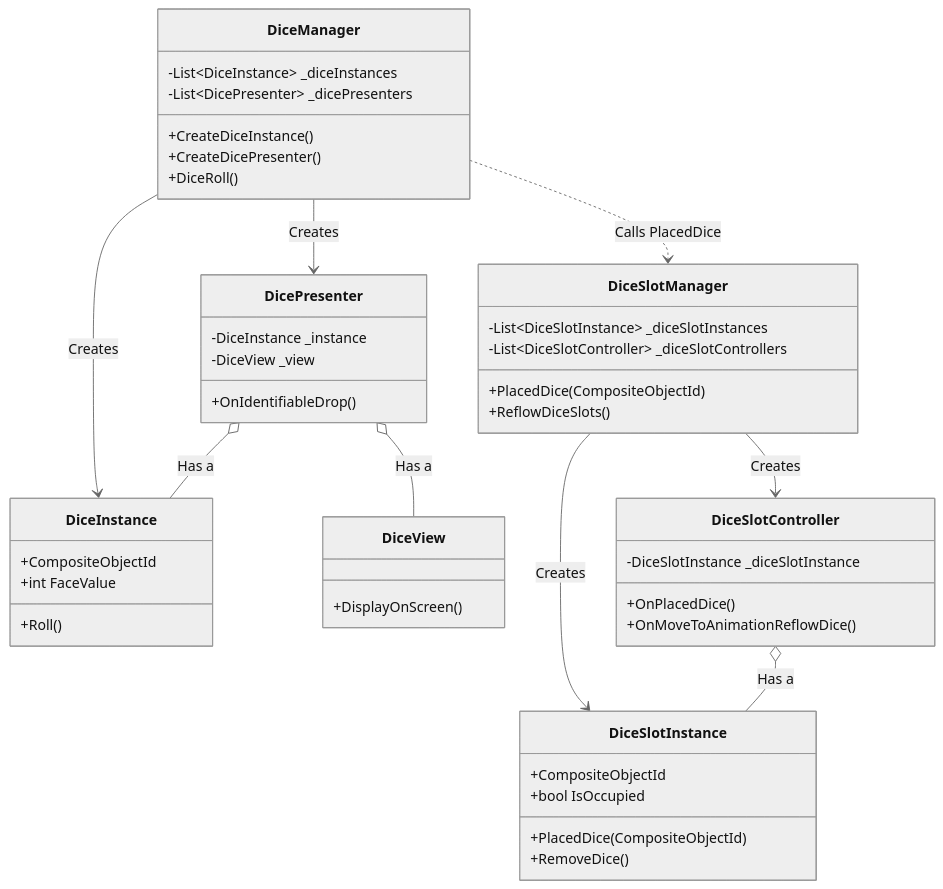
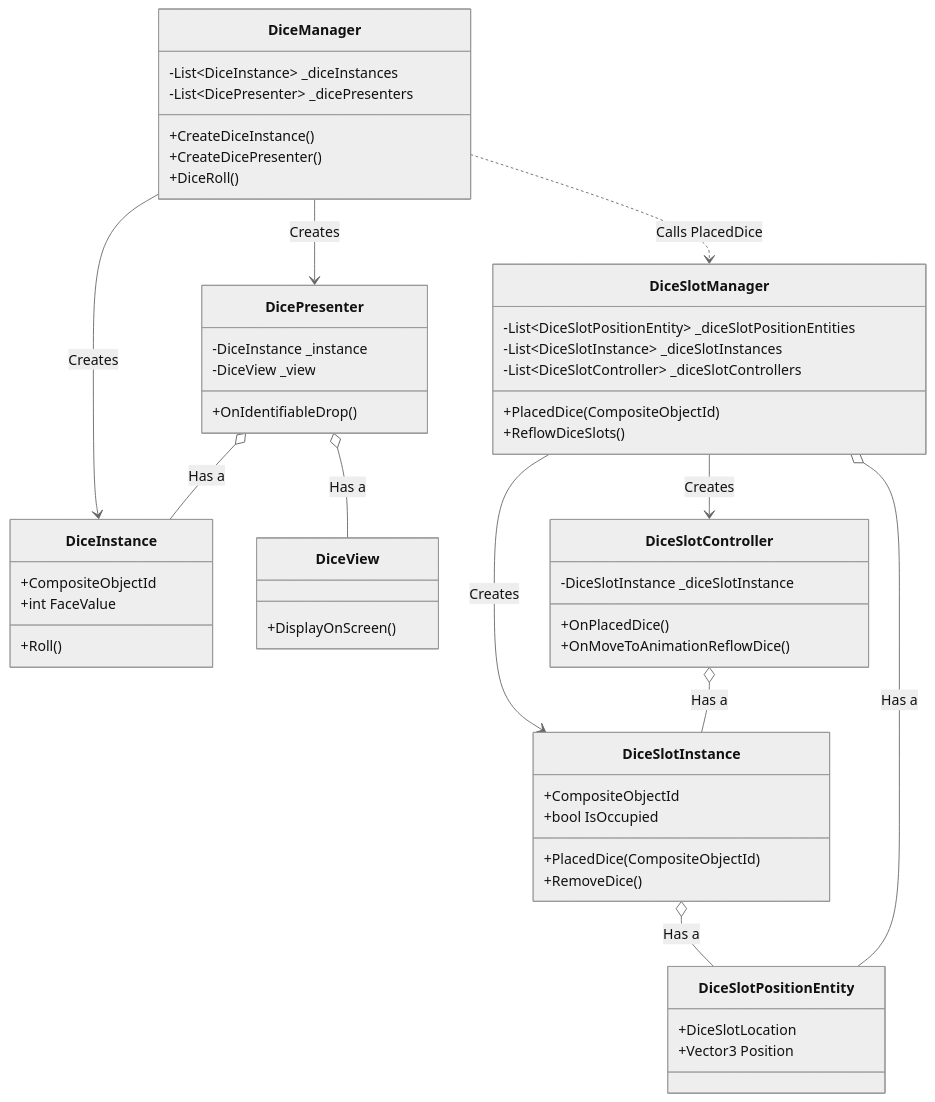
One commit to Nekodamasi/CardsAndDicesProject changed the diagram in CardsAndDicesProject/Assets/CardsAndDices/Docs/sys/sys_dice_management.md. Above: the diagram before and after it, drawn with Mermaid (neutral theme). The commit also changed other lines of this file and 16 other files, not shown here.

````diff
--- a/CardsAndDicesProject/Assets/CardsAndDices/Docs/sys/sys_dice_management.md
+++ b/CardsAndDicesProject/Assets/CardsAndDices/Docs/sys/sys_dice_management.md
@@ -15,49 +15,56 @@
 ```mermaid
 classDiagram
     class DiceManager {
         -List~DiceInstance~ _diceInstances
         -List~DicePresenter~ _dicePresenters
         +CreateDiceInstance()
         +CreateDicePresenter()
         +DiceRoll()
     }
     class DiceSlotManager {
+        -List~DiceSlotPositionEntity~ _diceSlotPositionEntities
         -List~DiceSlotInstance~ _diceSlotInstances
         -List~DiceSlotController~ _diceSlotControllers
         +PlacedDice(CompositeObjectId)
         +ReflowDiceSlots()
     }
     class DicePresenter {
         -DiceInstance _instance
         -DiceView _view
         +OnIdentifiableDrop()
     }
     class DiceSlotController {
         -DiceSlotInstance _diceSlotInstance
         +OnPlacedDice()
         +OnMoveToAnimationReflowDice()
     }
     class DiceInstance {
         +CompositeObjectId
         +int FaceValue
         +Roll()
     }
     class DiceSlotInstance {
         +CompositeObjectId
         +bool IsOccupied
         +PlacedDice(CompositeObjectId)
         +RemoveDice()
     }
+    class DiceSlotPositionEntity {
+        +DiceSlotLocation
+        +Vector3 Position
+    }
     class DiceView {
         +DisplayOnScreen()
     }
 
     DiceManager --> DiceInstance : Creates
     DiceManager --> DicePresenter : Creates
     DiceManager ..> DiceSlotManager : Calls PlacedDice
     DiceSlotManager --> DiceSlotInstance : Creates
     DiceSlotManager --> DiceSlotController : Creates
+    DiceSlotManager o-- DiceSlotPositionEntity : Has a
     DicePresenter o-- DiceInstance : Has a
     DicePresenter o-- DiceView : Has a
     DiceSlotController o-- DiceSlotInstance : Has a
+    DiceSlotInstance o-- DiceSlotPositionEntity : Has a
 ```
````
